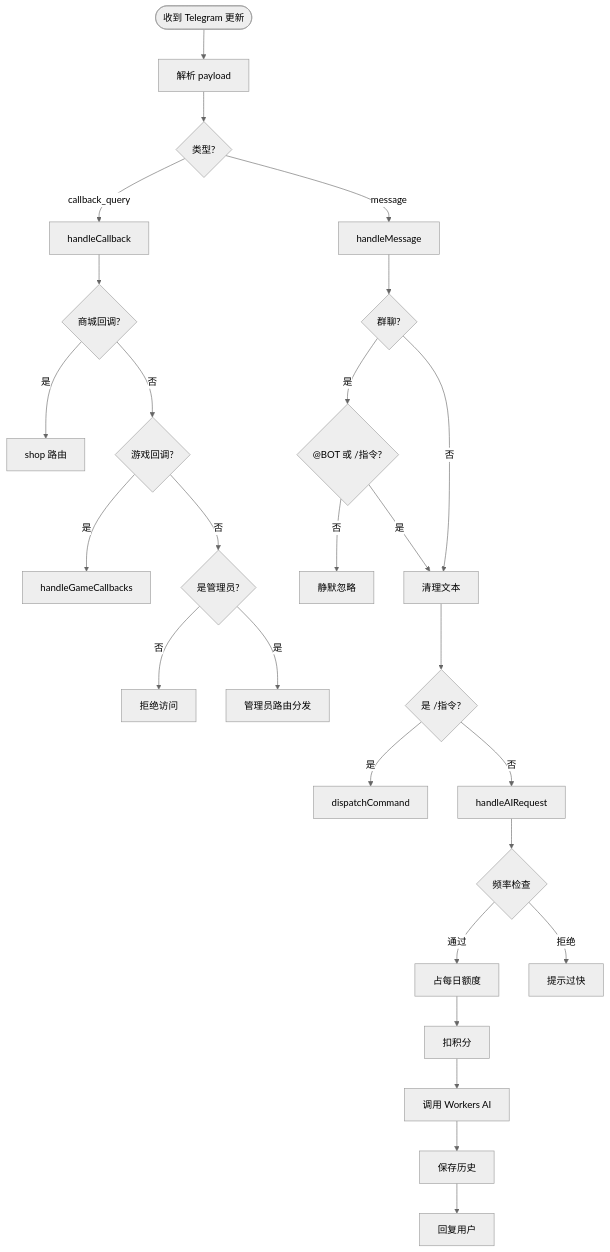
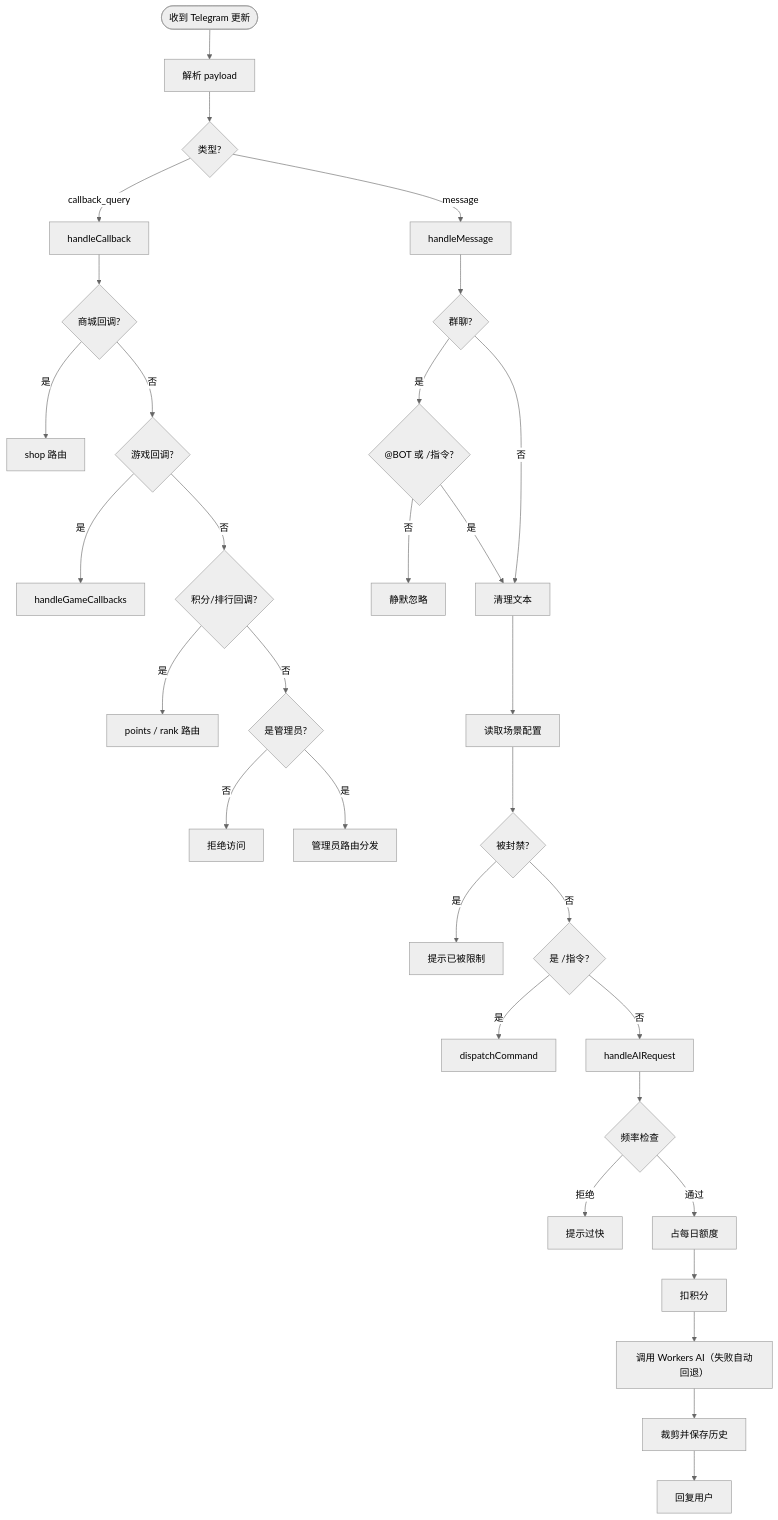
The third of 7 diagrams in README.md (ZooolpMoon/tgbot), drawn with Mermaid (neutral theme) before and after one commit. The commit also changed other lines of this file and 3 other files, not shown here.

````diff
--- a/README.md
+++ b/README.md
@@ -327,34 +453,40 @@
 ```mermaid
 flowchart TD
     Start([收到 Telegram 更新]) --> Parse[解析 payload]
     Parse --> Type{类型?}
 
     Type -->|callback_query| CB[handleCallback]
     Type -->|message| MSG[handleMessage]
 
     CB --> CBShop{商城回调?}
     CBShop -->|是| ShopRoute[shop 路由]
     CBShop -->|否| CBGame{游戏回调?}
     CBGame -->|是| GameDispatch[handleGameCallbacks]
-    CBGame -->|否| CBAdmin{是管理员?}
+    CBGame -->|否| CBPoints{积分/排行回调?}
+    CBPoints -->|是| PointsRoute[points / rank 路由]
+    CBPoints -->|否| CBAdmin{是管理员?}
     CBAdmin -->|否| CBReject[拒绝访问]
     CBAdmin -->|是| CBAdminRoute[管理员路由分发]
 
     MSG --> GroupCheck{群聊?}
     GroupCheck -->|是| MentionCheck{"@BOT 或 /指令?"}
     MentionCheck -->|否| Silent[静默忽略]
     MentionCheck -->|是| CleanText[清理文本]
     GroupCheck -->|否| CleanText
 
-    CleanText --> CmdCheck{是 /指令?}
+    CleanText --> LoadCfg[读取场景配置]
+    LoadCfg --> Blocked{被封禁?}
+    Blocked -->|是| BlockMsg[提示已被限制]
+    Blocked -->|否| CmdCheck{是 /指令?}
+
     CmdCheck -->|是| CmdDispatch[dispatchCommand]
     CmdCheck -->|否| AIRoute[handleAIRequest]
 
     AIRoute --> RateLimit{频率检查}
+    RateLimit -->|拒绝| RateReject[提示过快]
     RateLimit -->|通过| Quota[占每日额度]
-    RateLimit -->|拒绝| RateReject[提示过快]
     Quota --> Deduct[扣积分]
-    Deduct --> CallAI[调用 Workers AI]
-    CallAI --> SaveHistory[保存历史]
+    Deduct --> CallAI[调用 Workers AI（失败自动回退）]
+    CallAI --> SaveHistory[裁剪并保存历史]
     SaveHistory --> Reply[回复用户]
 ```
````
